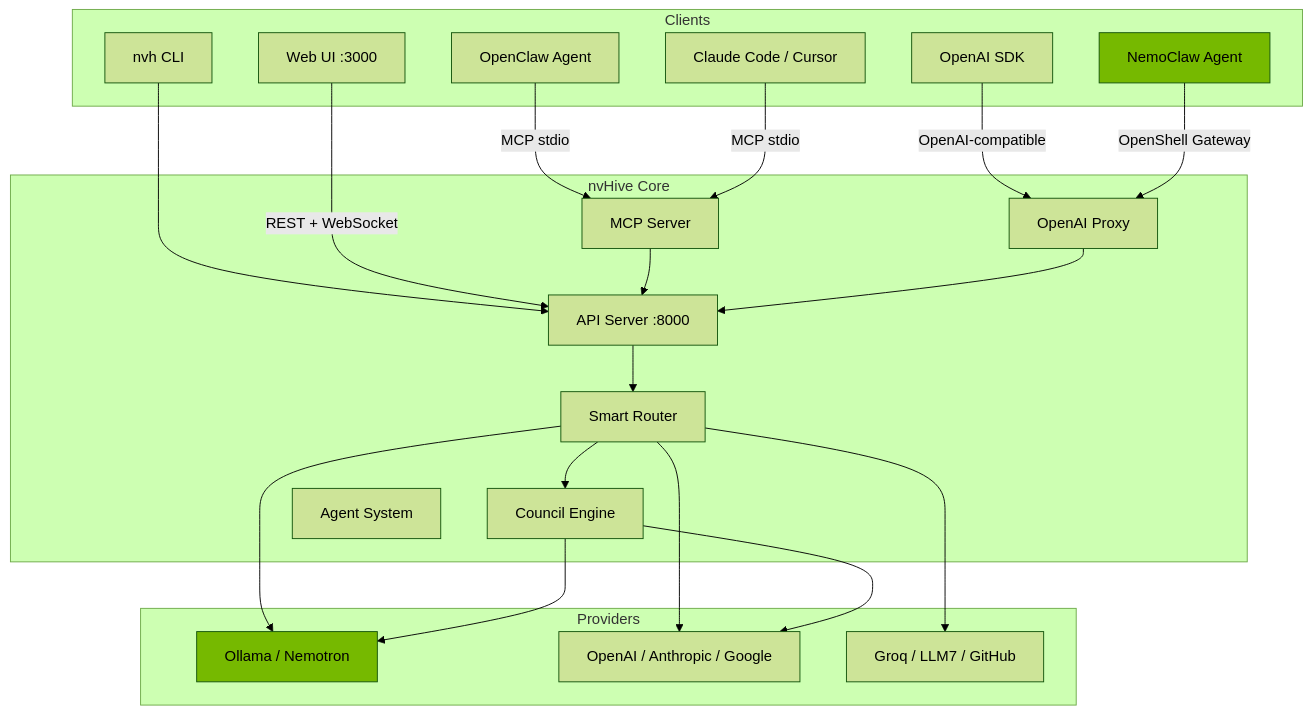
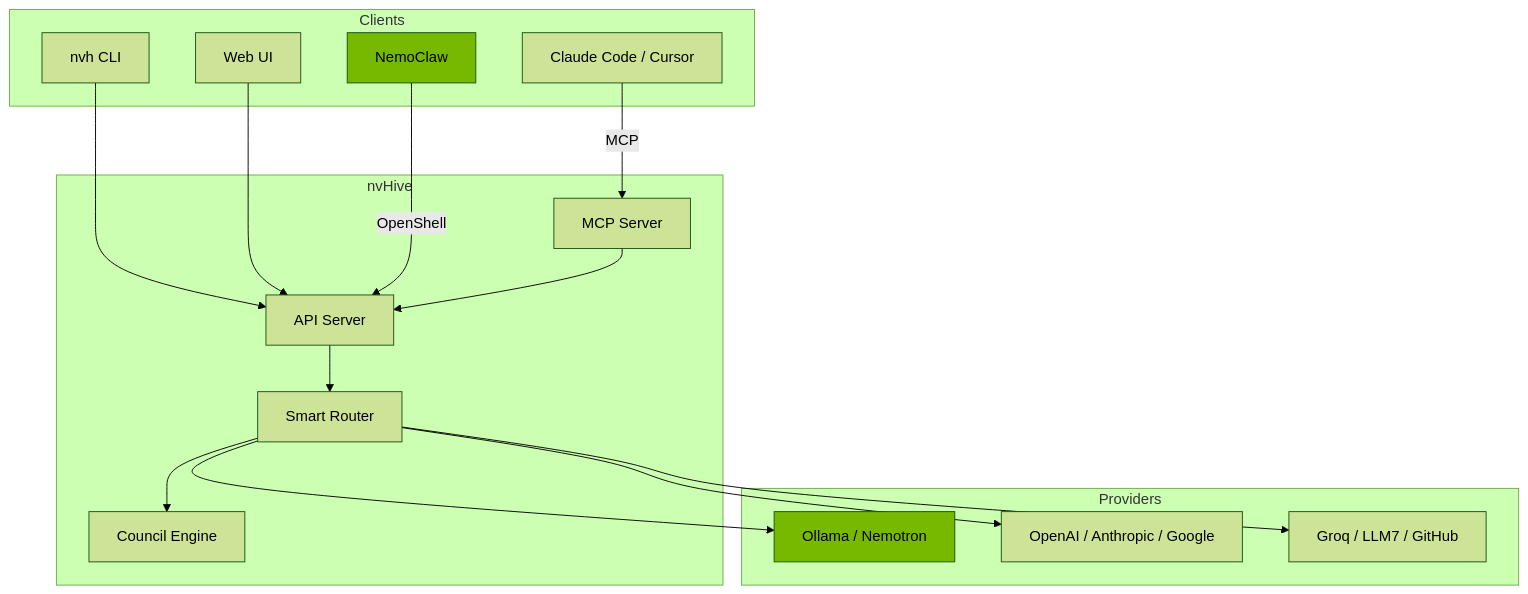
One commit to thatcooperguy/nvHive changed the diagram in README.md. Above: the diagram before and after it, drawn with Mermaid (forest theme). The commit also changed other lines of this file and 22 other files, not shown here.

````diff
--- a/README.md
+++ b/README.md
@@ -619,46 +181,32 @@
 ```mermaid
 graph TB
     subgraph Clients
         CLI[nvh CLI]
-        WEB[Web UI :3000]
-        SDK[OpenAI SDK]
-        NC[NemoClaw Agent]
-        OC[OpenClaw Agent]
+        WEB[Web UI]
+        NC[NemoClaw]
         CC[Claude Code / Cursor]
     end
-
-    subgraph nvHive Core
-        API[API Server :8000]
+    subgraph nvHive
+        API[API Server]
         MCP[MCP Server]
-        PROXY[OpenAI Proxy]
         ROUTER[Smart Router]
         COUNCIL[Council Engine]
-        AGENTS[Agent System]
     end
-
     subgraph Providers
         LOCAL[Ollama / Nemotron]
         CLOUD[OpenAI / Anthropic / Google]
         FREE[Groq / LLM7 / GitHub]
     end
-
     CLI --> API
-    WEB -->|REST + WebSocket| API
-    SDK -->|OpenAI-compatible| PROXY
-    NC -->|OpenShell Gateway| PROXY
-    OC -->|MCP stdio| MCP
-    CC -->|MCP stdio| MCP
-
+    WEB --> API
+    NC -->|OpenShell| API
+    CC -->|MCP| MCP
     MCP --> API
-    PROXY --> API
     API --> ROUTER
-    ROUTER --> COUNCIL
     ROUTER --> LOCAL
     ROUTER --> CLOUD
     ROUTER --> FREE
-    COUNCIL --> LOCAL
-    COUNCIL --> CLOUD
-
+    ROUTER --> COUNCIL
     style LOCAL fill:#76B900,color:#000
     style NC fill:#76B900,color:#000
 ```
````
